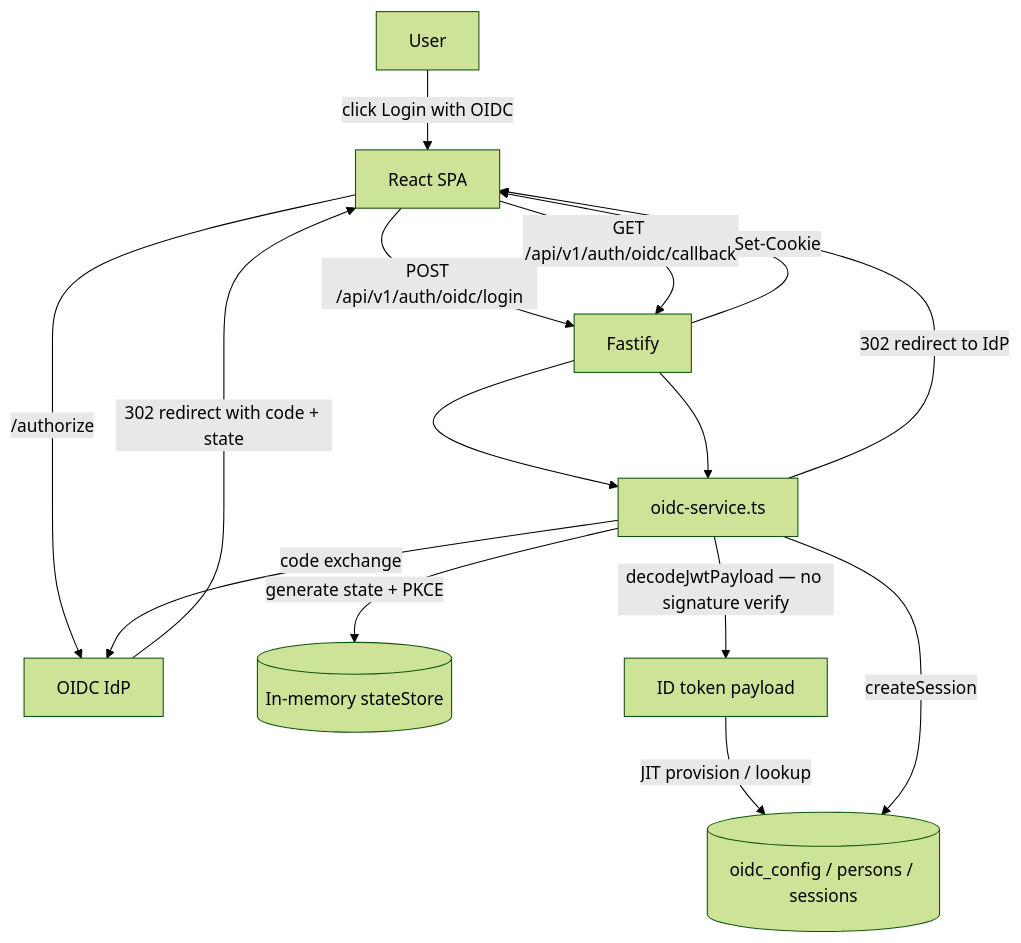
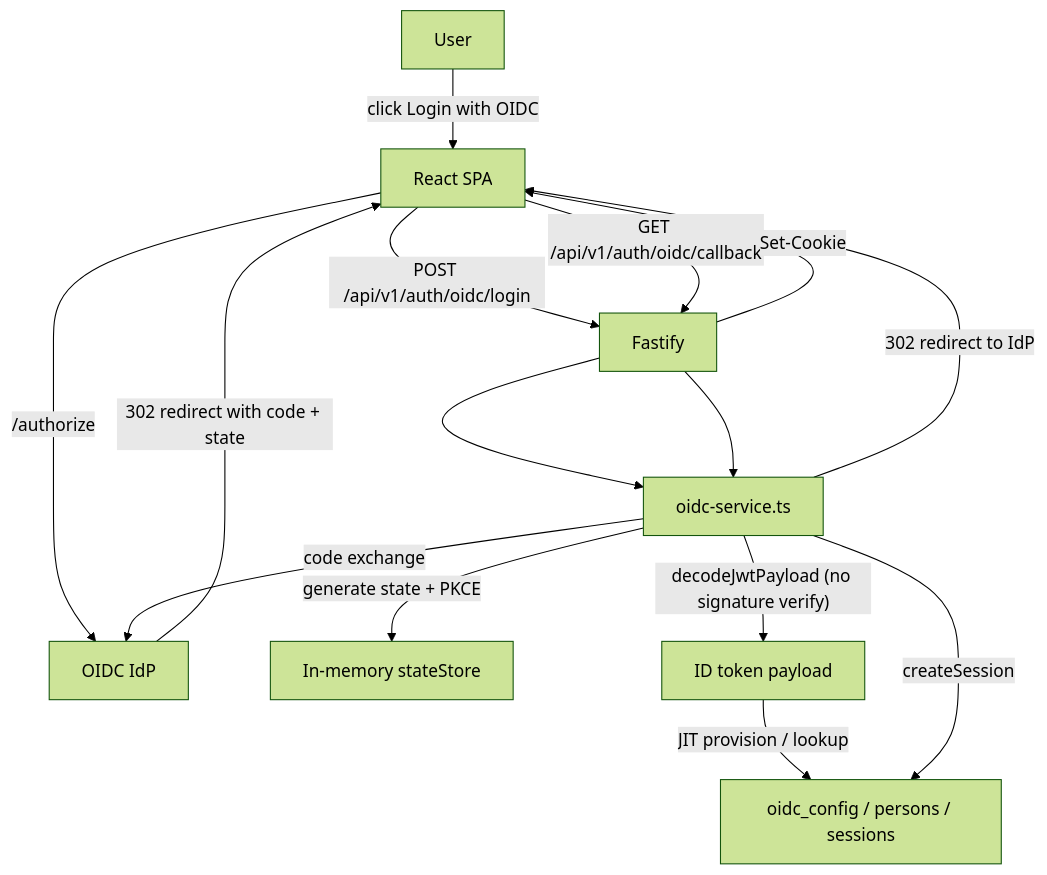
The third of 6 diagrams in docs/security/2026-09-10-security-assessment.md (estevanalex/componode), drawn with Mermaid (forest theme) before and after one commit. The commit also changed other lines of this file and 1 other file, not shown here.

First line of the commit message:
Fix Mermaid syntax and strengthen skill guidance.

````diff
--- a/docs/security/2026-09-10-security-assessment.md
+++ b/docs/security/2026-09-10-security-assessment.md
@@ -184,24 +184,25 @@
 ```mermaid
 flowchart TD
   U[User]
-  FE[React SPA]
+  FE["React SPA"]
   FAS[Fastify]
-  OIDC[oidc-service.ts]
-  IDP[OIDC IdP]
-  DB[(oidc_config / persons / sessions)]
+  OIDC["oidc-service.ts"]
+  IDP["OIDC IdP"]
+  DB["oidc_config / persons / sessions"]
+  MEM["In-memory stateStore"]
 
-  U -->|click Login with OIDC| FE
-  FE -->|POST /api/v1/auth/oidc/login| FAS
+  U -->|"click Login with OIDC"| FE
+  FE -->|"POST /api/v1/auth/oidc/login"| FAS
   FAS --> OIDC
-  OIDC -->|generate state + PKCE| MEM[(In-memory stateStore)]
-  OIDC -->|302 redirect to IdP| FE
-  FE -->|/authorize| IDP
-  IDP -->|302 redirect with code + state| FE
-  FE -->|GET /api/v1/auth/oidc/callback| FAS
+  OIDC -->|"generate state + PKCE"| MEM
+  OIDC -->|"302 redirect to IdP"| FE
+  FE -->|"/authorize"| IDP
+  IDP -->|"302 redirect with code + state"| FE
+  FE -->|"GET /api/v1/auth/oidc/callback"| FAS
   FAS --> OIDC
-  OIDC -->|code exchange| IDP
-  OIDC -->|decodeJwtPayload — no signature verify| TOK[ID token payload]
-  TOK -->|JIT provision / lookup| DB
-  OIDC -->|createSession| DB
-  FAS -->|Set-Cookie| FE
+  OIDC -->|"code exchange"| IDP
+  OIDC -->|"decodeJwtPayload (no signature verify)"| TOK["ID token payload"]
+  TOK -->|"JIT provision / lookup"| DB
+  OIDC -->|"createSession"| DB
+  FAS -->|"Set-Cookie"| FE
 ```
````
